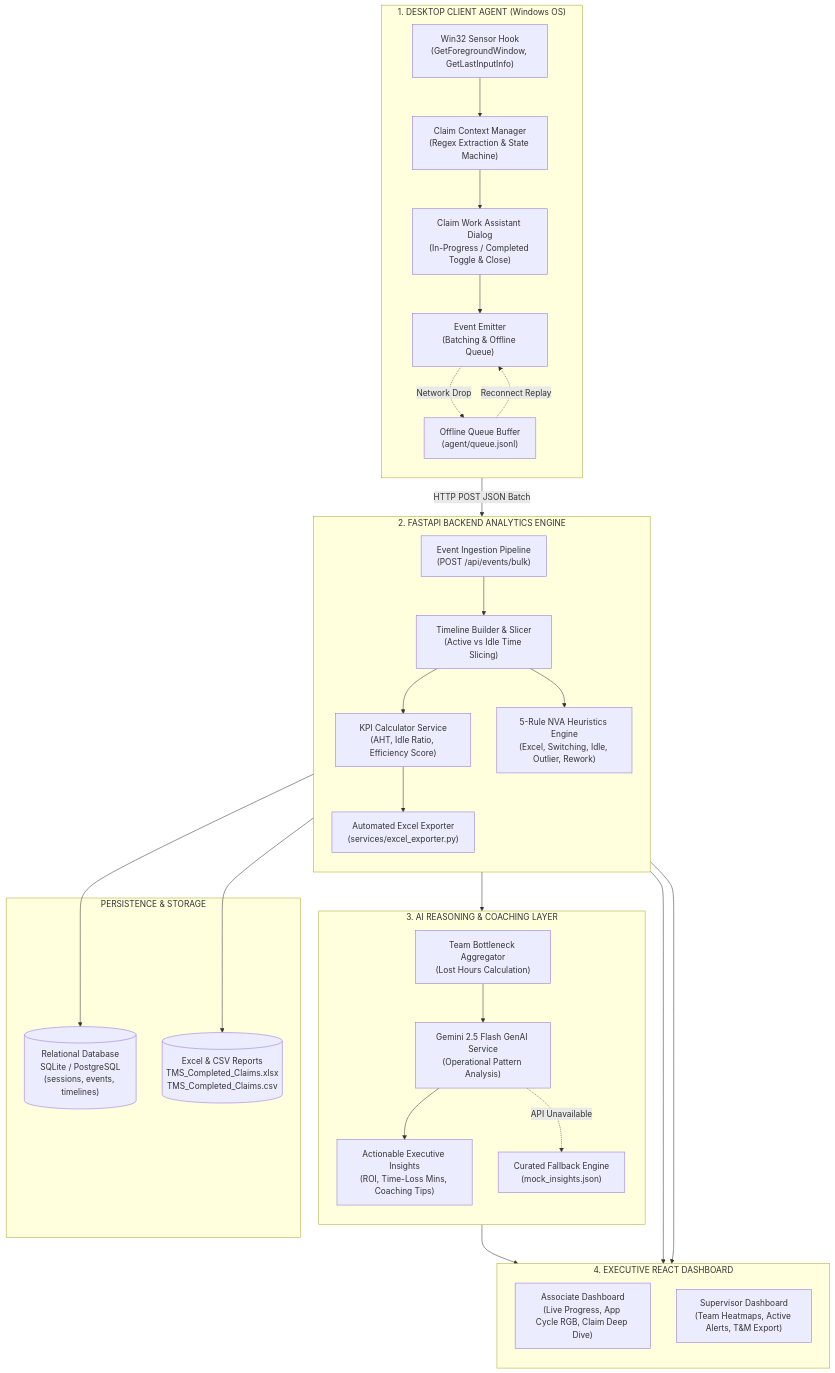
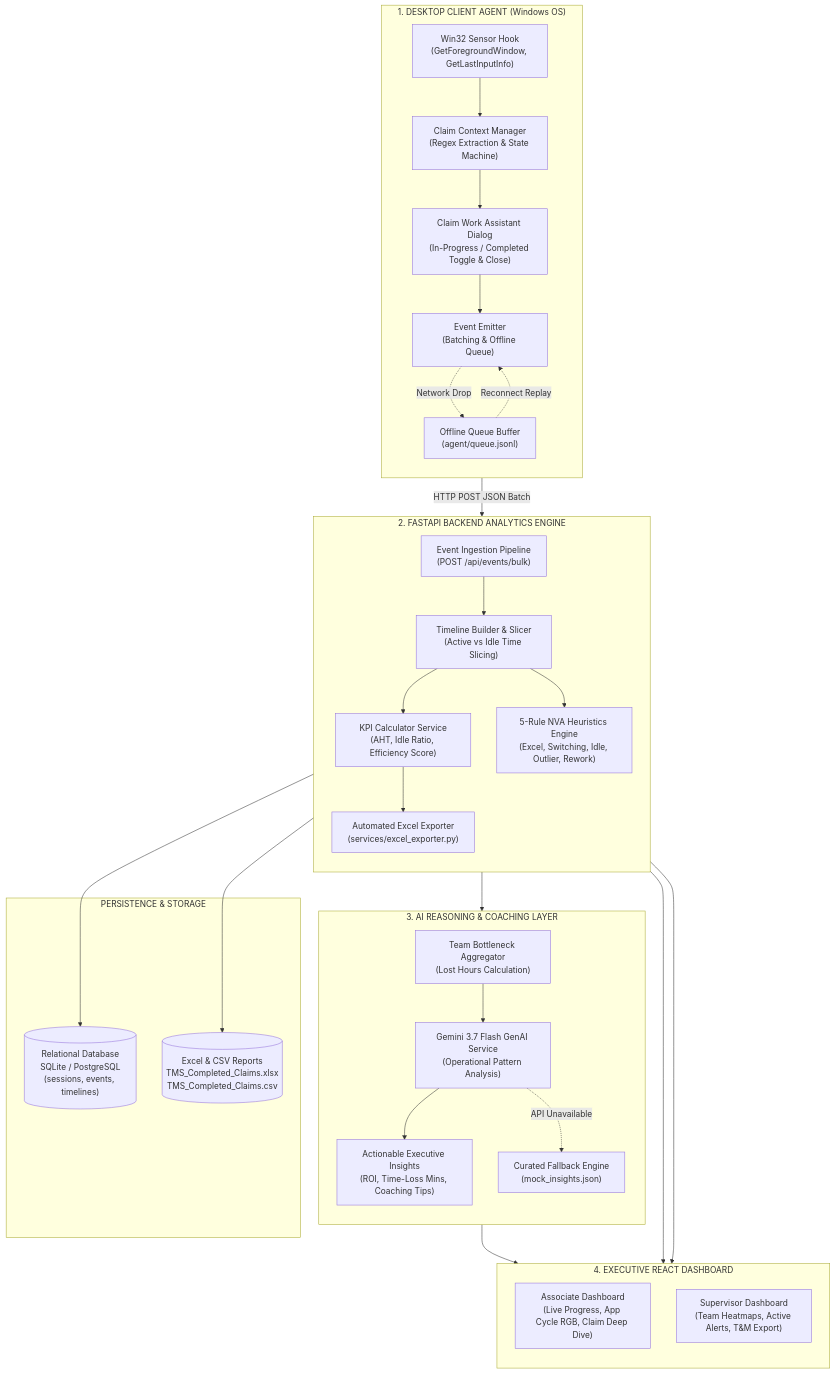
Before and after one commit to Gokul2004-ne/TMS: the first of 2 diagrams in README.md, drawn with Mermaid. The commit also changed other lines of this file and 18 other files, not shown here.

````diff
--- a/README.md
+++ b/README.md
@@ -37,62 +38,62 @@
 ```mermaid
 flowchart TD
     subgraph ClientLayer ["1. DESKTOP CLIENT AGENT (Windows OS)"]
         direction TB
         W32["Win32 Sensor Hook<br/>(GetForegroundWindow, GetLastInputInfo)"]
         CCM["Claim Context Manager<br/>(Regex Extraction & State Machine)"]
         DLG["Claim Work Assistant Dialog<br/>(In-Progress / Completed Toggle & Close)"]
         EMIT["Event Emitter<br/>(Batching & Offline Queue)"]
         DISK["Offline Queue Buffer<br/>(agent/queue.jsonl)"]
 
         W32 --> CCM
         CCM --> DLG
         DLG --> EMIT
         EMIT -.->|Network Drop| DISK
         DISK -.->|Reconnect Replay| EMIT
     end
 
     subgraph BackendLayer ["2. FASTAPI BACKEND ANALYTICS ENGINE"]
         direction TB
         INGEST["Event Ingestion Pipeline<br/>(POST /api/events/bulk)"]
         TLB["Timeline Builder & Slicer<br/>(Active vs Idle Time Slicing)"]
         KPI["KPI Calculator Service<br/>(AHT, Idle Ratio, Efficiency Score)"]
         NVA["5-Rule NVA Heuristics Engine<br/>(Excel, Switching, Idle, Outlier, Rework)"]
         XLS["Automated Excel Exporter<br/>(services/excel_exporter.py)"]
 
         INGEST --> TLB
         TLB --> KPI
         TLB --> NVA
         KPI --> XLS
     end
 
     subgraph StorageLayer ["PERSISTENCE & STORAGE"]
         DB[("Relational Database<br/>SQLite / PostgreSQL<br/>(sessions, events, timelines)")]
         XLS_FILE[("Excel & CSV Reports<br/>TMS_Completed_Claims.xlsx<br/>TMS_Completed_Claims.csv")]
     end
 
     subgraph AILayer ["3. AI REASONING & COACHING LAYER"]
         direction TB
         AGG["Team Bottleneck Aggregator<br/>(Lost Hours Calculation)"]
-        GEMINI["Gemini 2.5 Flash GenAI Service<br/>(Operational Pattern Analysis)"]
+        GEMINI["Gemini 3.7 Flash GenAI Service<br/>(Operational Pattern Analysis)"]
         INSIGHTS["Actionable Executive Insights<br/>(ROI, Time-Loss Mins, Coaching Tips)"]
         FALLBACK["Curated Fallback Engine<br/>(mock_insights.json)"]
 
         AGG --> GEMINI
         GEMINI --> INSIGHTS
         GEMINI -.->|API Unavailable| FALLBACK
     end
 
     subgraph DashboardLayer ["4. EXECUTIVE REACT DASHBOARD"]
         direction TB
         ASSOC_DASH["Associate Dashboard<br/>(Live Progress, App Cycle RGB, Claim Deep Dive)"]
         SUP_DASH["Supervisor Dashboard<br/>(Team Heatmaps, Active Alerts, T&M Export)"]
     end
 
     EMIT -->|HTTP POST JSON Batch| INGEST
     TLB --> DB
     XLS --> XLS_FILE
     NVA --> AGG
     NVA --> ASSOC_DASH
     NVA --> SUP_DASH
     INSIGHTS --> SUP_DASH
 ```
````
